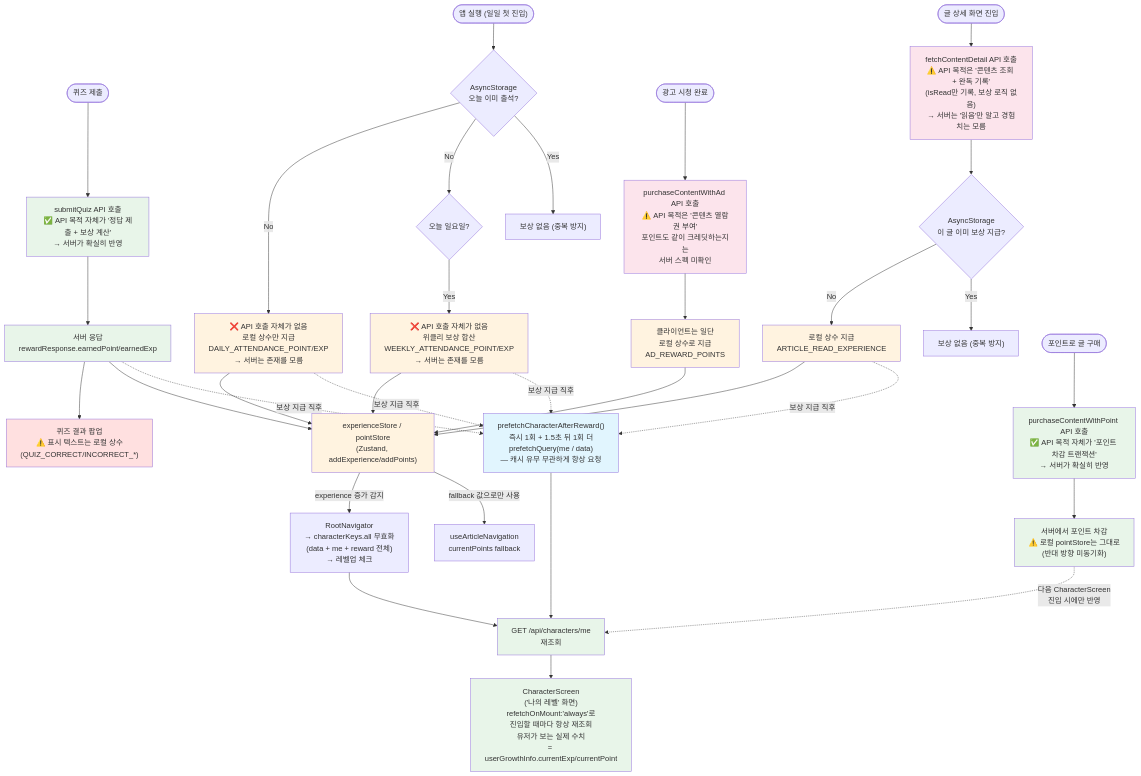
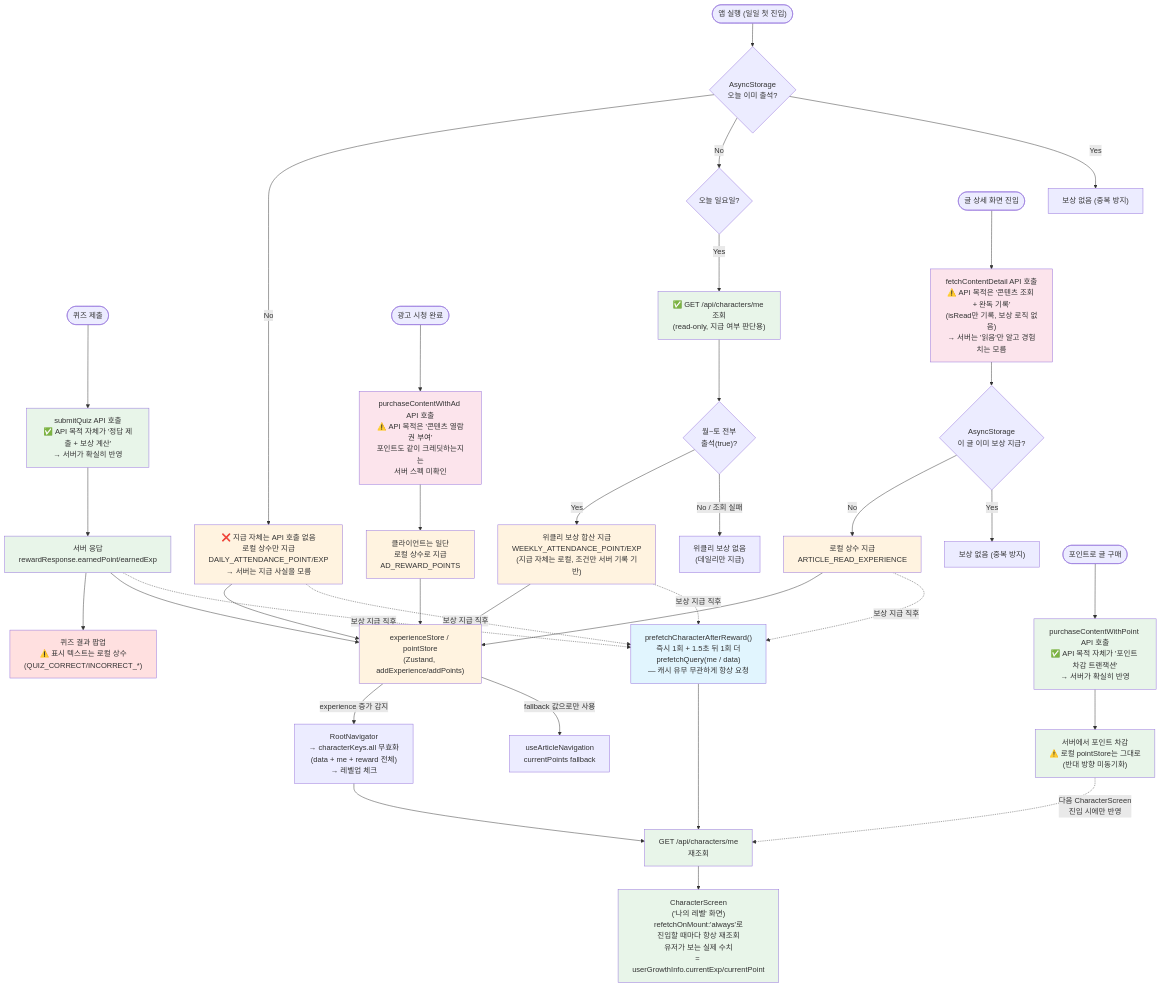
One commit to Gahyun-313/neurous-client changed the tenth of 11 diagrams in docs/ARCHITECTURE.md. Above: the diagram before and after it, drawn with Mermaid. The commit also changed other lines of this file and 3 other files, not shown here.

````diff
--- a/docs/ARCHITECTURE.md
+++ b/docs/ARCHITECTURE.md
@@ -417,63 +433,67 @@
 ```mermaid
 flowchart TD
     QuizSubmit(["퀴즈 제출"]) --> QuizAPI["submitQuiz API 호출<br/>✅ API 목적 자체가 '정답 제출 + 보상 계산'<br/>→ 서버가 확실히 반영"]
     QuizAPI --> QuizServerValue["서버 응답<br/>rewardResponse.earnedPoint/earnedExp"]
     QuizServerValue --> QuizPopup["퀴즈 결과 팝업<br/>⚠️ 표시 텍스트는 로컬 상수<br/>(QUIZ_CORRECT/INCORRECT_*)"]
 
     DailyEntry(["앱 실행 (일일 첫 진입)"]) --> DailyCheck{"AsyncStorage<br/>오늘 이미 출석?"}
-    DailyCheck -- No --> DailyLocal["❌ API 호출 자체가 없음<br/>로컬 상수만 지급<br/>DAILY_ATTENDANCE_POINT/EXP<br/>→ 서버는 존재를 모름"]
+    DailyCheck -- No --> DailyLocal["❌ 지급 자체는 API 호출 없음<br/>로컬 상수만 지급<br/>DAILY_ATTENDANCE_POINT/EXP<br/>→ 서버는 지급 사실을 모름"]
     DailyCheck -- No --> SundayCheck{"오늘 일요일?"}
-    SundayCheck -- Yes --> WeeklyLocal["❌ API 호출 자체가 없음<br/>위클리 보상 합산<br/>WEEKLY_ATTENDANCE_POINT/EXP<br/>→ 서버는 존재를 모름"]
+    SundayCheck -- Yes --> AttendanceAPI["✅ GET /api/characters/me 조회<br/>(read-only, 지급 여부 판단용)"]
+    AttendanceAPI --> WeekCompleteCheck{"월~토 전부<br/>출석(true)?"}
+    WeekCompleteCheck -- Yes --> WeeklyLocal["위클리 보상 합산 지급<br/>WEEKLY_ATTENDANCE_POINT/EXP<br/>(지급 자체는 로컬, 조건만 서버 기록 기반)"]
+    WeekCompleteCheck -- No / 조회 실패 --> WeeklySkip["위클리 보상 없음<br/>(데일리만 지급)"]
     DailyCheck -- Yes --> DailySkip["보상 없음 (중복 방지)"]
 
     AdWatch(["광고 시청 완료"]) --> AdAPI["purchaseContentWithAd API 호출<br/>⚠️ API 목적은 '콘텐츠 열람권 부여'<br/>포인트도 같이 크레딧하는지는<br/>서버 스펙 미확인"]
     AdAPI --> AdLocal["클라이언트는 일단<br/>로컬 상수로 지급<br/>AD_REWARD_POINTS"]
 
     ArticleEnter(["글 상세 화면 진입"]) --> ContentAPI["fetchContentDetail API 호출<br/>⚠️ API 목적은 '콘텐츠 조회 + 완독 기록'<br/>(isRead만 기록, 보상 로직 없음)<br/>→ 서버는 '읽음'만 알고 경험치는 모름"]
     ContentAPI --> ArticleDedup{"AsyncStorage<br/>이 글 이미 보상 지급?"}
     ArticleDedup -- No --> ArticleLocal["로컬 상수 지급<br/>ARTICLE_READ_EXPERIENCE"]
     ArticleDedup -- Yes --> ArticleSkip["보상 없음 (중복 방지)"]
 
     PointPurchase(["포인트로 글 구매"]) --> PurchaseAPI["purchaseContentWithPoint API 호출<br/>✅ API 목적 자체가 '포인트 차감 트랜잭션'<br/>→ 서버가 확실히 반영"]
     PurchaseAPI --> PurchaseServer["서버에서 포인트 차감<br/>⚠️ 로컬 pointStore는 그대로<br/>(반대 방향 미동기화)"]
 
     QuizServerValue --> LocalStore
     DailyLocal --> LocalStore
     WeeklyLocal --> LocalStore
     AdLocal --> LocalStore
     ArticleLocal --> LocalStore
 
     LocalStore["experienceStore / pointStore<br/>(Zustand, addExperience/addPoints)"]
 
     LocalStore -->|"experience 증가 감지"| RootNav["RootNavigator<br/>→ characterKeys.all 무효화<br/>(data + me + reward 전체)<br/>→ 레벨업 체크"]
     LocalStore -->|"fallback 값으로만 사용"| ArticleNavFallback["useArticleNavigation<br/>currentPoints fallback"]
 
     QuizServerValue -.->|"보상 지급 직후"| Prefetch
     DailyLocal -.->|"보상 지급 직후"| Prefetch
     WeeklyLocal -.->|"보상 지급 직후"| Prefetch
     ArticleLocal -.->|"보상 지급 직후"| Prefetch
 
     Prefetch["prefetchCharacterAfterReward()<br/>즉시 1회 + 1.5초 뒤 1회 더<br/>prefetchQuery(me / data)<br/>— 캐시 유무 무관하게 항상 요청"]
 
     RootNav --> ServerRefetch["GET /api/characters/me<br/>재조회"]
     Prefetch --> ServerRefetch
     PurchaseServer -.->|"다음 CharacterScreen<br/>진입 시에만 반영"| ServerRefetch
 
     ServerRefetch --> CharacterScreen["CharacterScreen<br/>('나의 레벨' 화면)<br/>refetchOnMount:'always'로<br/>진입할 때마다 항상 재조회<br/>유저가 보는 실제 수치<br/>= userGrowthInfo.currentExp/currentPoint"]
 
     style QuizAPI fill:#e8f5e9
     style QuizServerValue fill:#e8f5e9
     style PurchaseAPI fill:#e8f5e9
     style PurchaseServer fill:#e8f5e9
     style ServerRefetch fill:#e8f5e9
     style CharacterScreen fill:#e8f5e9
+    style AttendanceAPI fill:#e8f5e9
     style DailyLocal fill:#fff3e0
     style WeeklyLocal fill:#fff3e0
     style AdLocal fill:#fff3e0
     style ArticleLocal fill:#fff3e0
     style LocalStore fill:#fff3e0
     style AdAPI fill:#fce4ec
     style ContentAPI fill:#fce4ec
     style QuizPopup fill:#ffe0e0
     style Prefetch fill:#e1f5fe
 ```
````
